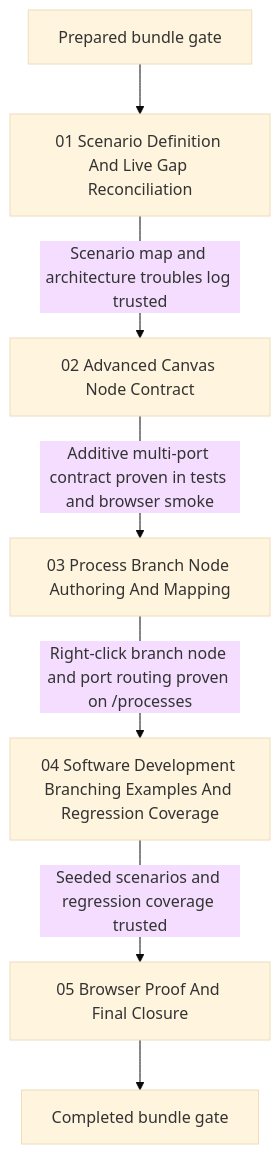
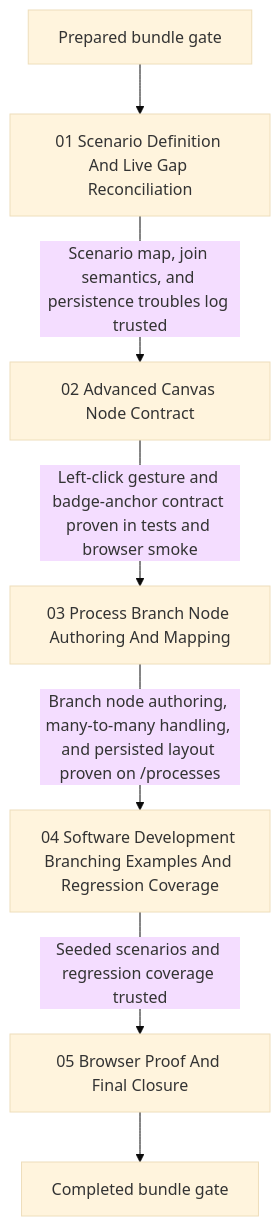
Before and after one commit to fyziktom/CanDoItAll: the diagram in cdi_process_branching_canvas_bundle/plan/01-phase-plan.md, drawn with Mermaid (base theme). The commit also changed other lines of this file and 43 other files, not shown here.

````diff
--- a/cdi_process_branching_canvas_bundle/plan/01-phase-plan.md
+++ b/cdi_process_branching_canvas_bundle/plan/01-phase-plan.md
@@ -14,9 +15,9 @@
 ```mermaid
 flowchart TD
     P["Prepared bundle gate"] --> S1["01 Scenario Definition And Live Gap Reconciliation"]
-    S1 -->|Scenario map and architecture troubles log trusted| S2["02 Advanced Canvas Node Contract"]
-    S2 -->|Additive multi-port contract proven in tests and browser smoke| S3["03 Process Branch Node Authoring And Mapping"]
-    S3 -->|Right-click branch node and port routing proven on /processes| S4["04 Software Development Branching Examples And Regression Coverage"]
+    S1 -->|Scenario map, join semantics, and persistence troubles log trusted| S2["02 Advanced Canvas Node Contract"]
+    S2 -->|Left-click gesture and badge-anchor contract proven in tests and browser smoke| S3["03 Process Branch Node Authoring And Mapping"]
+    S3 -->|Branch node authoring, many-to-many handling, and persisted layout proven on /processes| S4["04 Software Development Branching Examples And Regression Coverage"]
     S4 -->|Seeded scenarios and regression coverage trusted| S5["05 Browser Proof And Final Closure"]
     S5 --> C["Completed bundle gate"]
 ```
````
